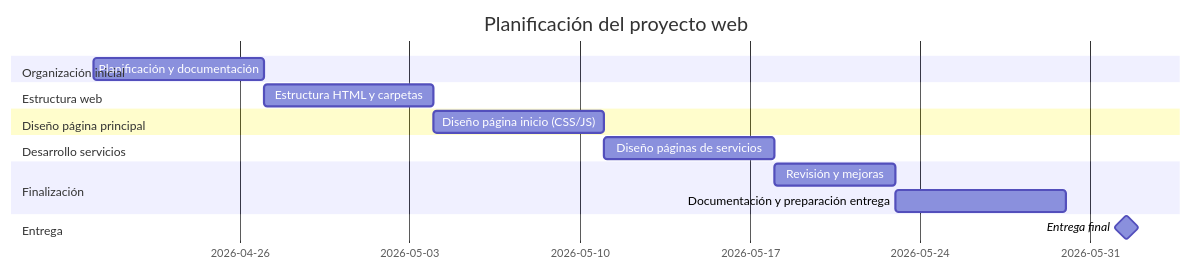
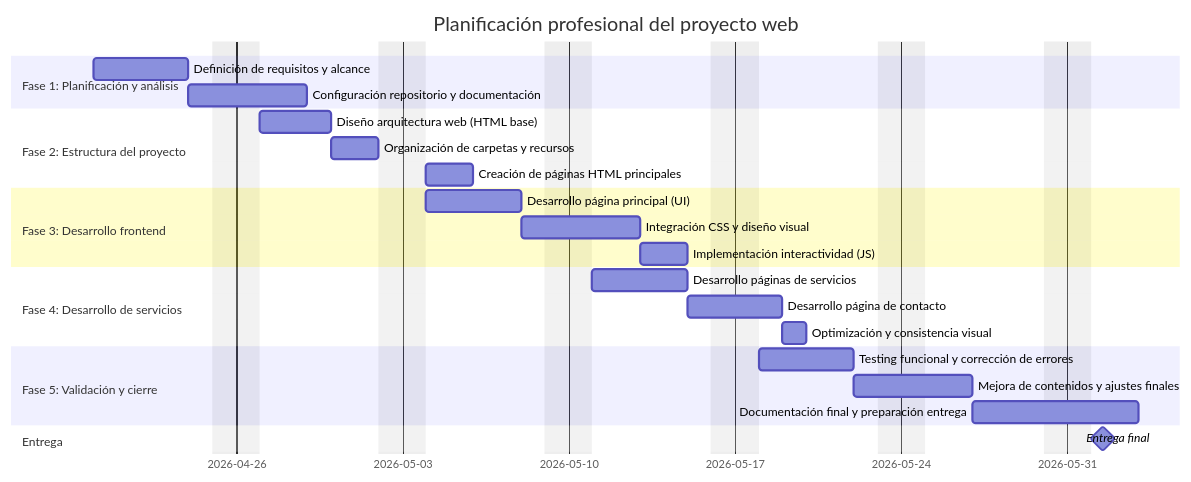
One commit to Yang07620/proyecto-final_empresa changed the diagram in README.md. Above: the diagram before and after it, drawn with Mermaid.

````diff
--- a/README.md
+++ b/README.md
@@ -3,24 +3,33 @@
 ```mermaid
 gantt
-  title Planificación del proyecto web
+  title Planificación profesional del proyecto web
   dateFormat YYYY-MM-DD
+  excludes weekends
 
-  section Organización inicial
-  Planificación y documentación        :a1, 2026-04-20, 7d
+  section Fase 1: Planificación y análisis
+  Definición de requisitos y alcance        :a1, 2026-04-20, 4d
+  Configuración repositorio y documentación :a2, after a1, 3d
 
-  section Estructura web
-  Estructura HTML y carpetas           :a2, 2026-04-27, 7d
+  section Fase 2: Estructura del proyecto
+  Diseño arquitectura web (HTML base)       :b1, 2026-04-27, 3d
+  Organización de carpetas y recursos       :b2, after b1, 2d
+  Creación de páginas HTML principales      :b3, after b2, 2d
 
-  section Diseño página principal
-  Diseño página inicio (CSS/JS)        :a3, 2026-05-04, 7d
+  section Fase 3: Desarrollo frontend
+  Desarrollo página principal (UI)          :c1, 2026-05-04, 4d
+  Integración CSS y diseño visual           :c2, after c1, 3d
+  Implementación interactividad (JS)        :c3, after c2, 2d
 
-  section Desarrollo servicios
-  Diseño páginas de servicios          :a4, 2026-05-11, 7d
+  section Fase 4: Desarrollo de servicios
+  Desarrollo páginas de servicios           :d1, 2026-05-11, 4d
+  Desarrollo página de contacto             :d2, after d1, 2d
+  Optimización y consistencia visual        :d3, after d2, 1d
 
-  section Finalización
-  Revisión y mejoras                   :a5, 2026-05-18, 5d
-  Documentación y preparación entrega  :a6, after a5, 7d
+  section Fase 5: Validación y cierre
+  Testing funcional y corrección de errores :e1, 2026-05-18, 4d
+  Mejora de contenidos y ajustes finales    :e2, after e1, 3d
+  Documentación final y preparación entrega :e3, after e2, 5d
 
   section Entrega
-  Entrega final                        :milestone, a7, 2026-06-01, 1d
+  Entrega final                             :milestone, f1, 2026-06-01, 1d
 ```
````
